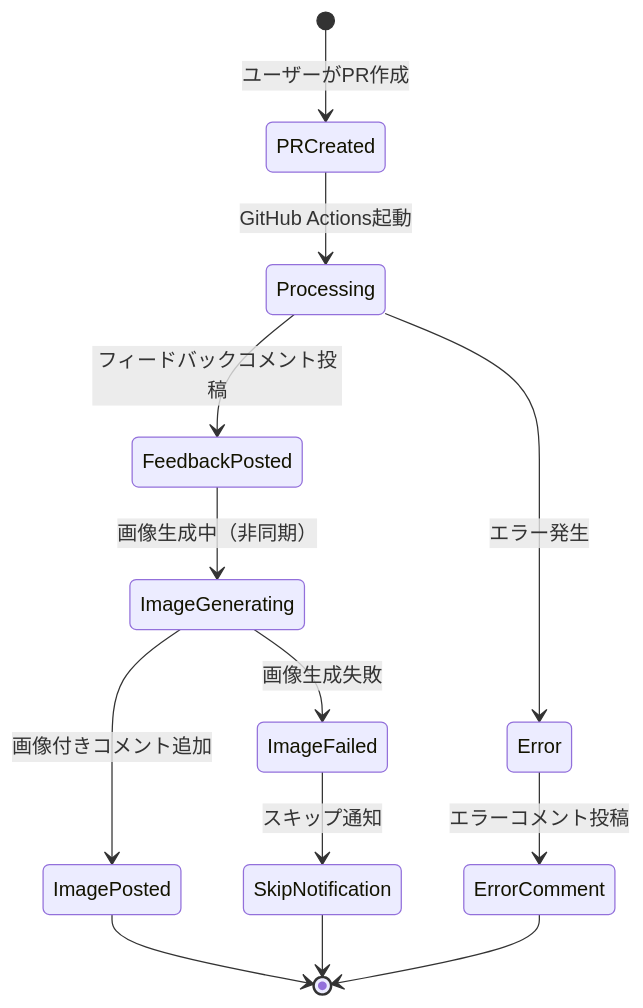
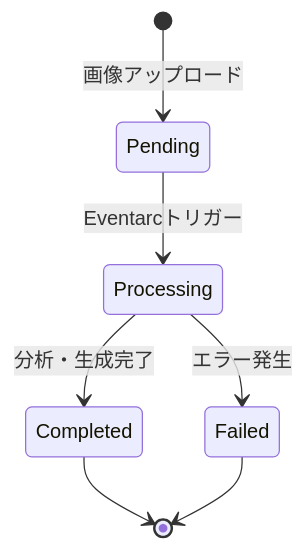
One commit to nuance-sudo/drawing-practice-agent-gch4 changed the fifth of 6 diagrams in docs/functional-design.md. Above: the diagram before and after it, drawn with Mermaid. The commit also changed other lines of this file and 13 other files, not shown here.

````diff
--- a/docs/functional-design.md
+++ b/docs/functional-design.md
@@ -570,17 +647,9 @@
 ```mermaid
 stateDiagram-v2
-    [*] --> PRCreated: ユーザーがPR作成
-    PRCreated --> Processing: GitHub Actions起動
-    Processing --> FeedbackPosted: フィードバックコメント投稿
-    FeedbackPosted --> ImageGenerating: 画像生成中（非同期）
-    ImageGenerating --> ImagePosted: 画像付きコメント追加
-    ImagePosted --> [*]
-    
-    Processing --> Error: エラー発生
-    Error --> ErrorComment: エラーコメント投稿
-    ErrorComment --> [*]
-    
-    ImageGenerating --> ImageFailed: 画像生成失敗
-    ImageFailed --> SkipNotification: スキップ通知
-    SkipNotification --> [*]
+    [*] --> Pending: 画像アップロード
+    Pending --> Processing: Eventarcトリガー
+    Processing --> Completed: 分析・生成完了
+    Processing --> Failed: エラー発生
+    Completed --> [*]
+    Failed --> [*]
 ```
````
